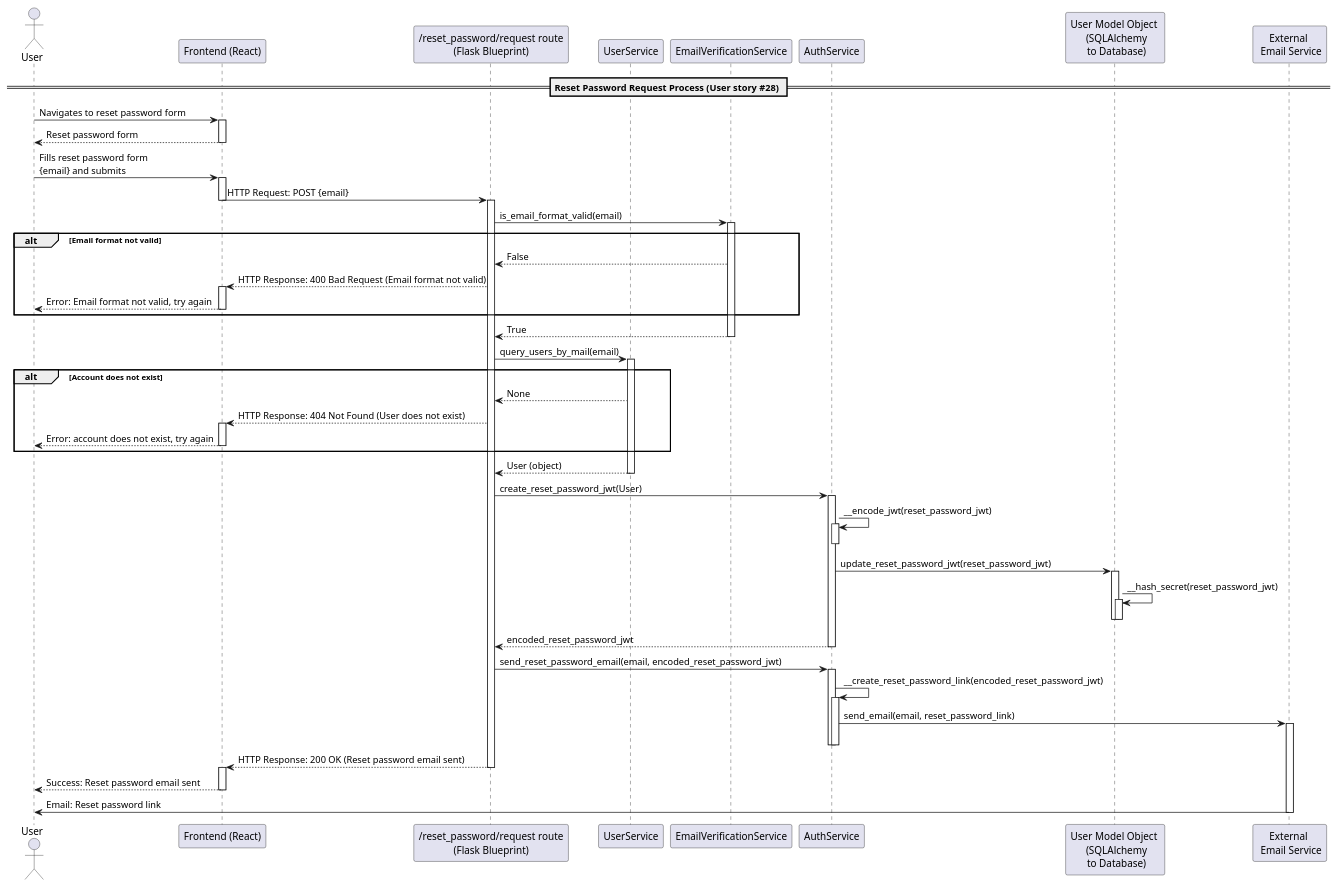
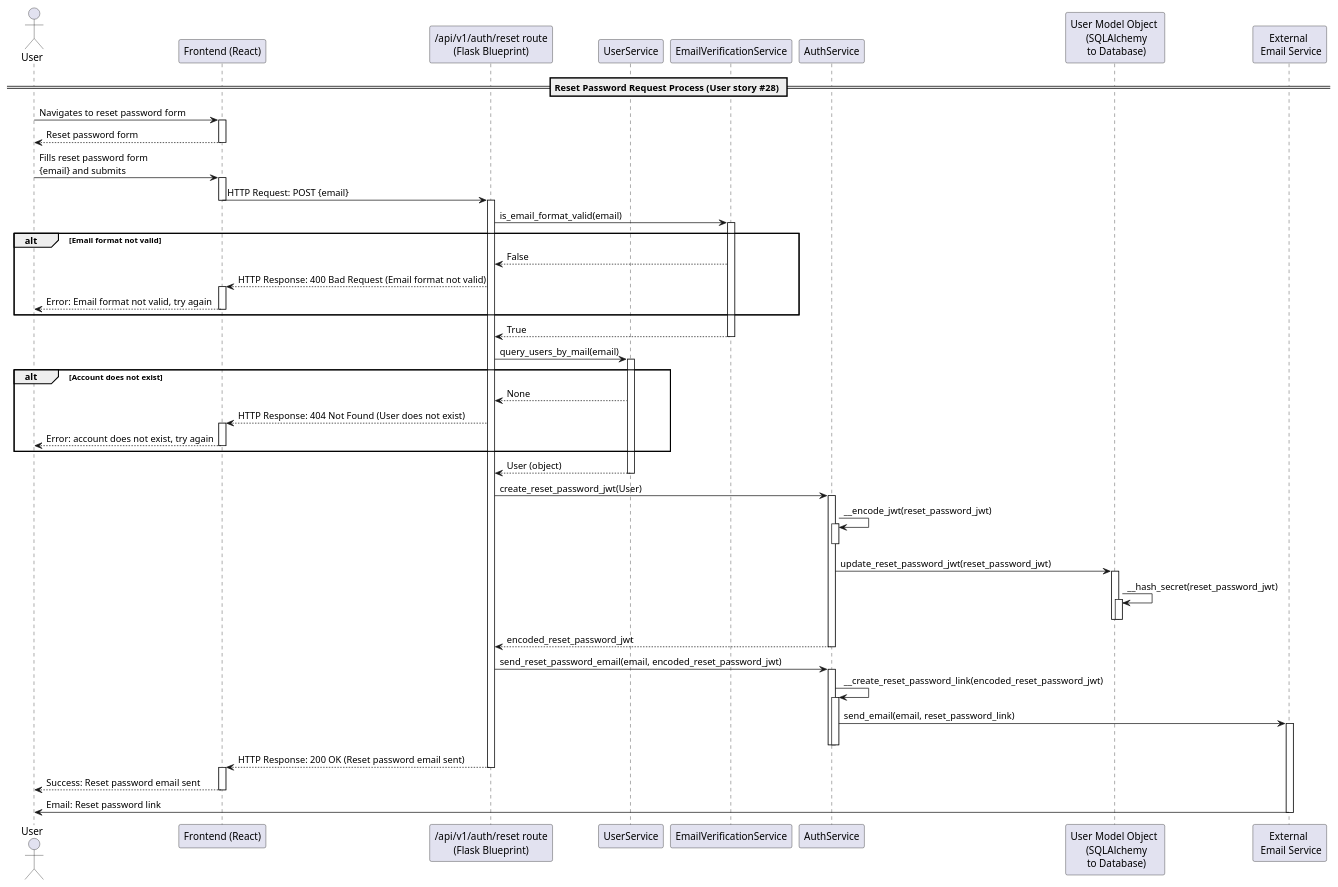
Before and after one commit to dominikoetiker/TheMentalLoadHub: the diagram in docs/src/diagrams/uml/sequence/account_management/reset_password_request.puml, drawn with PlantUML. The commit also changed 26 other files, not shown here.

Commit message:
Update README and UML diagrams to reflect a more RESTful API naming

```diff
--- a/docs/src/diagrams/uml/sequence/account_management/reset_password_request.puml
+++ b/docs/src/diagrams/uml/sequence/account_management/reset_password_request.puml
@@ -1,72 +1,72 @@
 @startuml ResetPasswordRequestSequence
 actor "User" as User
 participant "Frontend (React)" as FE
-participant "/reset_password/request route\n(Flask Blueprint)" as RRR
+participant "/api/v1/auth/reset route\n(Flask Blueprint)" as ARsR
 participant "UserService" as US
 participant "EmailVerificationService" as ES
 participant "AuthService" as AS
 participant "User Model Object \n (SQLAlchemy\n to Database)" as UM
 participant "External \n Email Service" as Mail
 
 == Reset Password Request Process (User story #28) ==
 User -> FE : Navigates to reset password form
 activate FE
 User <-- FE : Reset password form
 deactivate FE
 User -> FE : Fills reset password form\n{email} and submits
 activate FE
-FE -> RRR : HTTP Request: POST {email}
+FE -> ARsR : HTTP Request: POST {email}
 deactivate FE
-activate RRR
-RRR -> ES : is_email_format_valid(email)
+activate ARsR
+ARsR -> ES : is_email_format_valid(email)
 activate ES
 alt Email format not valid
-    RRR <-- ES : False
-    FE <-- RRR : HTTP Response: 400 Bad Request (Email format not valid)
+    ARsR <-- ES : False
+    FE <-- ARsR : HTTP Response: 400 Bad Request (Email format not valid)
     activate FE
     User <-- FE : Error: Email format not valid, try again
     deactivate FE
 end
-RRR <-- ES : True
+ARsR <-- ES : True
 deactivate ES
-RRR -> US : query_users_by_mail(email)
+ARsR -> US : query_users_by_mail(email)
 activate US
 alt Account does not exist
-    RRR <-- US : None
-    FE <-- RRR : HTTP Response: 404 Not Found (User does not exist)
+    ARsR <-- US : None
+    FE <-- ARsR : HTTP Response: 404 Not Found (User does not exist)
     activate FE
     User <-- FE : Error: account does not exist, try again
     deactivate FE
 end
-RRR <-- US : User (object)
+ARsR <-- US : User (object)
 deactivate US
-RRR -> AS : create_reset_password_jwt(User)
+ARsR -> AS : create_reset_password_jwt(User)
 activate AS
 AS -> AS : __encode_jwt(reset_password_jwt)
 activate AS
 deactivate AS
 AS -> UM : update_reset_password_jwt(reset_password_jwt)
 activate UM
 UM -> UM : __hash_secret(reset_password_jwt)
 activate UM
 deactivate UM
 deactivate UM
-RRR <-- AS : encoded_reset_password_jwt
+ARsR <-- AS : encoded_reset_password_jwt
 deactivate AS
-RRR -> AS : send_reset_password_email(email, encoded_reset_password_jwt)
+ARsR -> AS : send_reset_password_email(email, encoded_reset_password_jwt)
 activate AS
 AS -> AS : __create_reset_password_link(encoded_reset_password_jwt)
 activate AS
 AS -> Mail : send_email(email, reset_password_link)
 activate Mail
 deactivate AS
 deactivate AS
-FE <-- RRR : HTTP Response: 200 OK (Reset password email sent)
-deactivate RRR
+FE <-- ARsR : HTTP Response: 200 OK (Reset password email sent)
+deactivate ARsR
 activate FE
 User <-- FE : Success: Reset password email sent
 deactivate FE
-deactivate RRR
+deactivate ARsR
 User <- Mail : Email: Reset password link
 deactivate Mail
 @enduml
```
